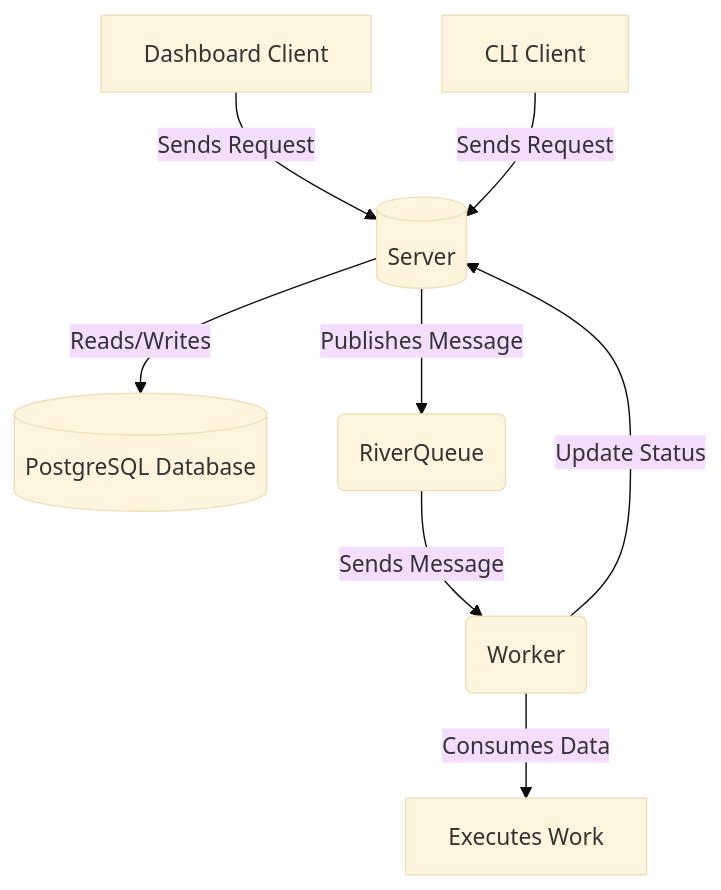
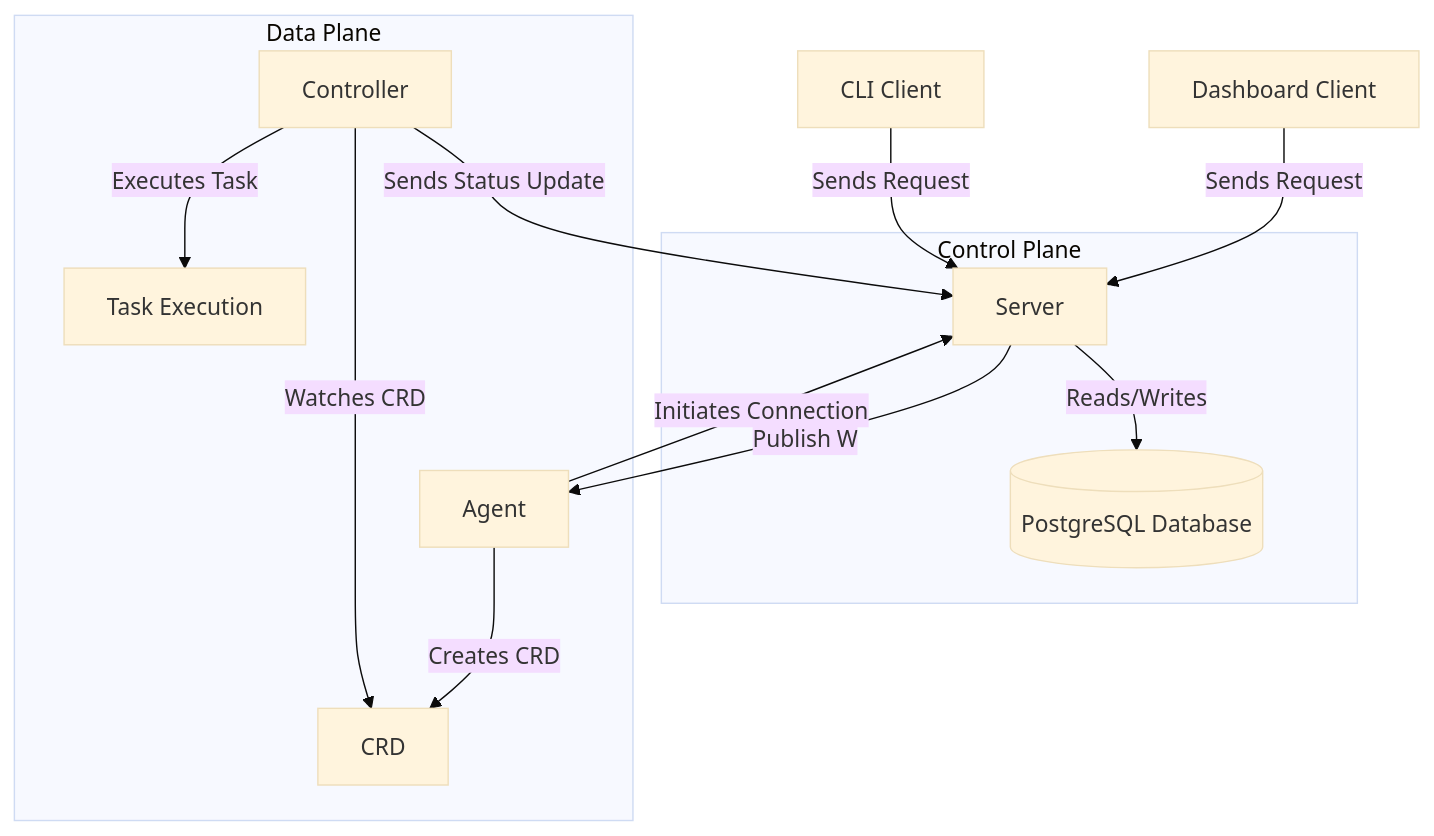
The first of 3 diagrams in README.md (yindia/cloud), drawn with Mermaid (base theme) before and after one commit. The commit also changed other lines of this file and 6 other files, not shown here.

````diff
--- a/README.md
+++ b/README.md
@@ -110,17 +104,21 @@
 ```mermaid
 graph TD
     %% Clients
     A[Dashboard Client] -->|Sends Request| B(Server)
     C[CLI Client] -->|Sends Request| B(Server)
 
-    %% Server and its connections
-    B(Server) -->|Reads/Writes| D[(PostgreSQL Database)]
-    B(Server) -->|Publishes Message| E(RiverQueue)
+    %% Control Plane
+    subgraph Control Plane
+        B(Server) -->|Reads/Writes| D[(PostgreSQL Database)]
+    end
 
-    %% RabbitMQ and Worker
-    E(RiverQueue) -->|Sends Message| F(Worker)
-    F(Worker) -->|Consumes Data| G[Executes Work]
-
-    %% Optional back-and-forth communication if needed
-    F(Worker) -->|Update Status| B[(Server)]
+    %% Data Plane
+    subgraph Data Plane
+        E[Agent] -->|Initiates Connection| B[Server]
+        B[Server] -->|Publish W| E[Agent]
+        E -->|Creates CRD| H[CRD]
+        F[Controller] -->|Watches CRD| H
+        F -->|Executes Task| J[Task Execution]
+        F -->|Sends Status Update| B
+    end
 ```
````
